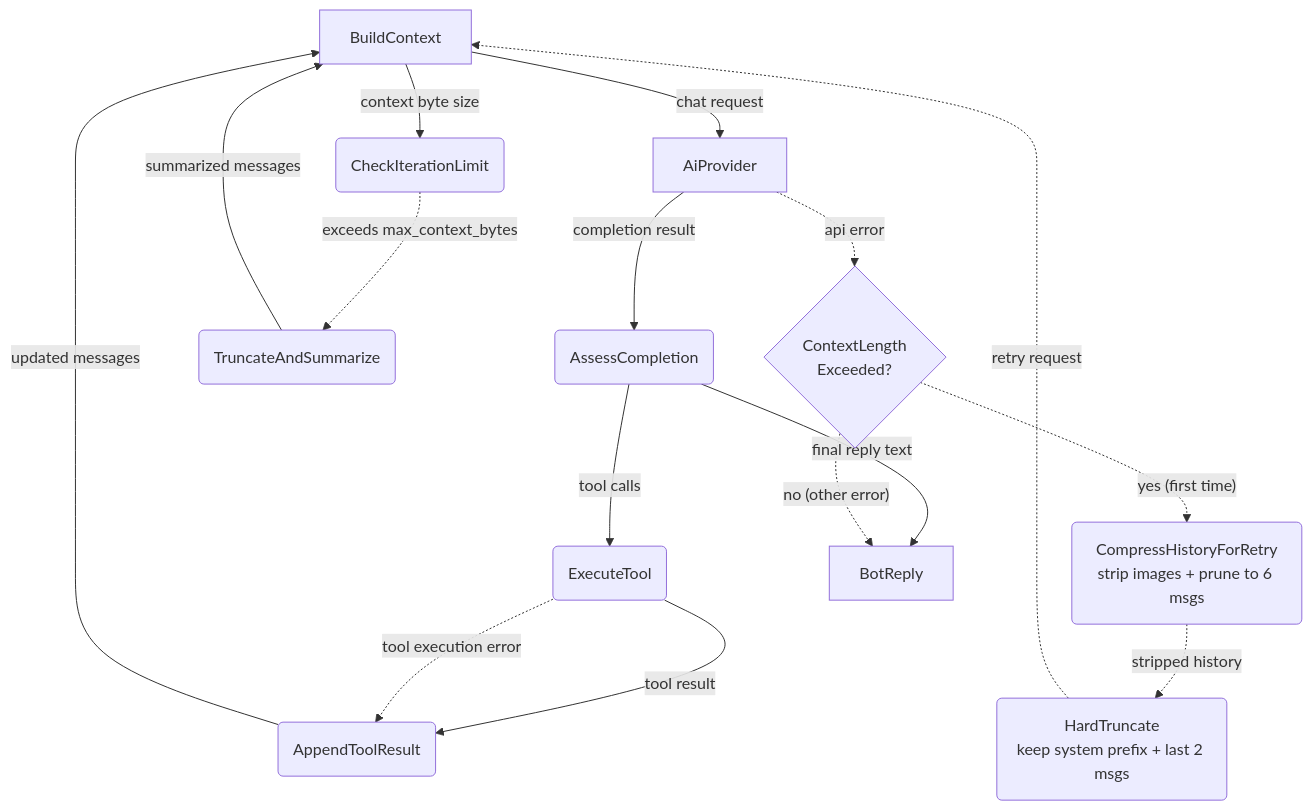
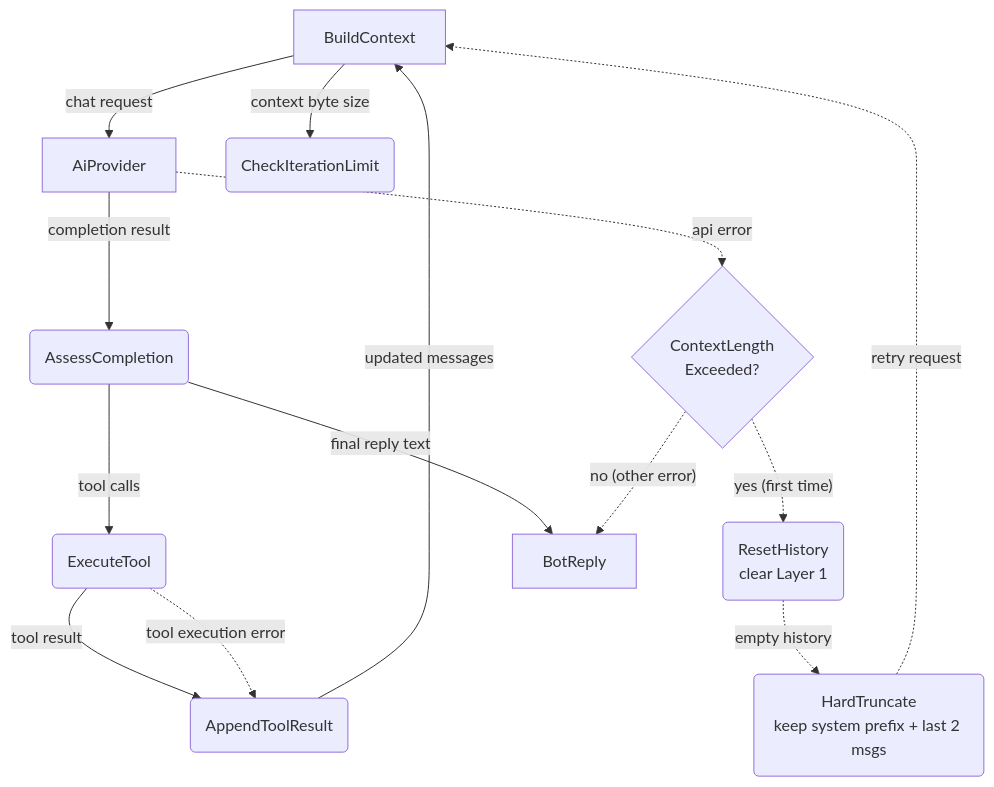
The third of 10 diagrams in _dfd/agent/agent-harness.md (cosmoswafer/rockbot), drawn with Mermaid before and after one commit. The commit also changed other lines of this file and 19 other files, not shown here.

````diff
--- a/_dfd/agent/agent-harness.md
+++ b/_dfd/agent/agent-harness.md
@@ -110,30 +108,27 @@
 ```mermaid
 flowchart TD
     CTX[BuildContext]
     AI[AiProvider]
     ASSESS(AssessCompletion)
     EXEC(ExecuteTool)
     APPEND(AppendToolResult)
     LIMIT(CheckIterationLimit)
-    TRUNC(TruncateAndSummarize)
+    RESET(ResetHistory<br/>clear Layer 1)
     CTX_ERR{ContextLength<br/>Exceeded?}
-    STRIP_COMPRESS(CompressHistoryForRetry<br/>strip images + prune to 6 msgs)
     REBUILD(HardTruncate<br/>keep system prefix + last 2 msgs)
     REPLY_OUT[BotReply]
 
     CTX -->|"chat request"| AI
     AI -->|"completion result"| ASSESS
     ASSESS -->|"tool calls"| EXEC
     ASSESS -->|"final reply text"| REPLY_OUT
     EXEC -->|"tool result"| APPEND
     APPEND -->|"updated messages"| CTX
     CTX -->|"context byte size"| LIMIT
-    LIMIT -.->|"exceeds max_context_bytes"| TRUNC
-    TRUNC -->|"summarized messages"| CTX
     EXEC -.->|"tool execution error"| APPEND
     AI -.->|"api error"| CTX_ERR
-    CTX_ERR -.->|"yes (first time)"| STRIP_COMPRESS
+    CTX_ERR -.->|"yes (first time)"| RESET
     CTX_ERR -.->|"no (other error)"| REPLY_OUT
-    STRIP_COMPRESS -.->|"stripped history"| REBUILD
+    RESET -.->|"empty history"| REBUILD
     REBUILD -.->|"retry request"| CTX
 ```
````
